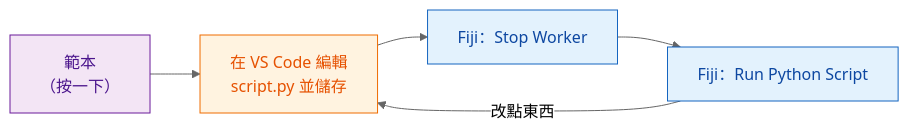
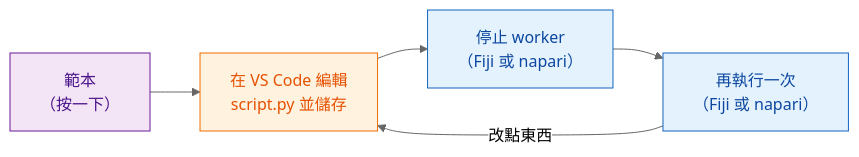
Before and after one commit to Oxford-Zeiss-Centre-of-Excellence/Wavu: the diagram in guide/write/get-the-template.zh-Hant.md, drawn with Mermaid (neutral theme). The commit also changed other lines of this file and 70 other files, not shown here.

First line of the commit message:
docs(site): Oxford blue theme with partner logos; napari throughout "Write a script"; FAIR marketplace

````diff
--- a/guide/write/get-the-template.zh-Hant.md
+++ b/guide/write/get-the-template.zh-Hant.md
@@ -14,13 +16,13 @@
 ```mermaid
 flowchart LR
     T["範本<br/>（按一下）"]:::env
     V["在 VS Code 編輯<br/>script.py 並儲存"]:::script
-    S["Fiji：Stop Worker"]:::fiji
-    R["Fiji：Run Python Script"]:::fiji
+    S["停止 worker<br/>（Fiji 或 napari）"]:::fiji
+    R["再執行一次<br/>（Fiji 或 napari）"]:::fiji
     T --> V --> S --> R
     R -- "改點東西" --> V
 
     classDef fiji   fill:#e3f2fd,stroke:#1565c0,color:#0d47a1
     classDef script fill:#fff3e0,stroke:#ef6c00,color:#e65100
     classDef env    fill:#f3e5f5,stroke:#6a1b9a,color:#4a148c
 ```
````
